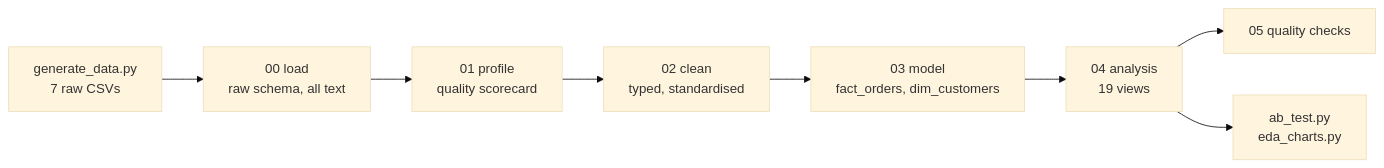
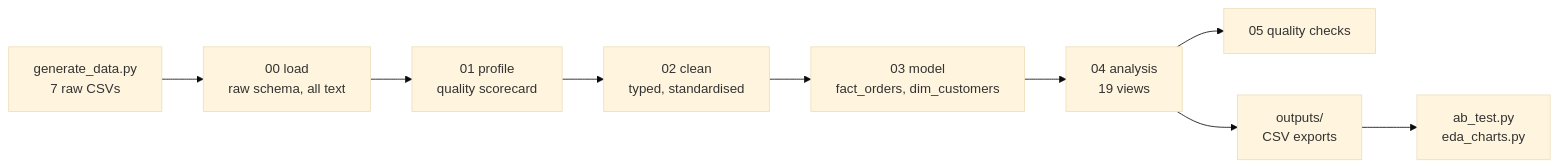
Before and after one commit to Abdulsamee-As/kaarobar-marketplace-analytics: the diagram in README.md, drawn with Mermaid (base theme). The commit also changed other lines of this file and 30 other files, not shown here.

Commit message:
Switch the project to PostgreSQL: run_pipeline drives psql, charts and A/B test read exported CSVs, DuckDB removed

````diff
--- a/README.md
+++ b/README.md
@@ -79,10 +79,11 @@
 ```mermaid
 flowchart LR
     A["generate_data.py<br/>7 raw CSVs"] --> B["00 load<br/>raw schema, all text"]
     B --> C["01 profile<br/>quality scorecard"]
     C --> D["02 clean<br/>typed, standardised"]
     D --> E["03 model<br/>fact_orders, dim_customers"]
     E --> F["04 analysis<br/>19 views"]
     F --> G["05 quality checks"]
-    F --> H["ab_test.py<br/>eda_charts.py"]
+    F --> X["outputs/<br/>CSV exports"]
+    X --> H["ab_test.py<br/>eda_charts.py"]
 ```
````
